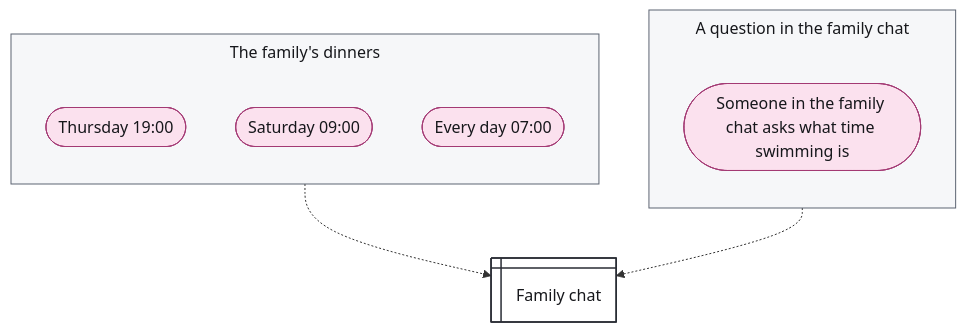
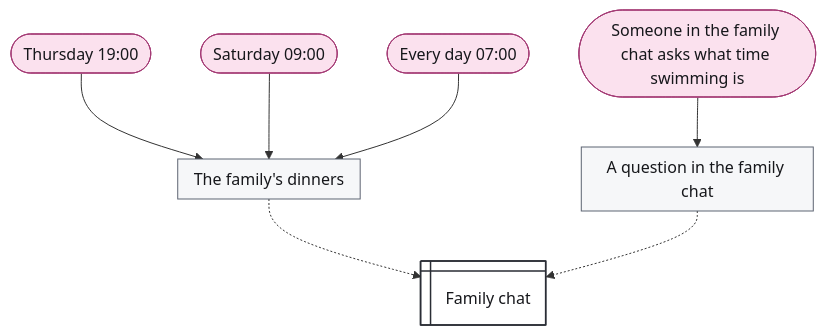
Before and after one commit to chrismdp/awml: the diagram in examples/family-map.mmd, drawn with Mermaid. The commit also changed 9 other files, not shown here.

```diff
--- a/examples/family-map.mmd
+++ b/examples/family-map.mmd
@@ -1,39 +1,43 @@
 ---
 config:
   theme: default
   fontFamily: Inter, sans-serif
   flowchart:
     useMaxWidth: false
     subGraphTitleMargin:
       top: 6
       bottom: 30
 ---
 flowchart TB
+  w1_thu(["Thursday 19#58;00"])
+  w1_sat(["Saturday 09#58;00"])
+  w1_daily(["Every day 07#58;00"])
   subgraph w1["The family#39;s dinners"]
     direction TB
-    w1_thu(["Thursday 19#58;00"])
-    w1_sat(["Saturday 09#58;00"])
-    w1_daily(["Every day 07#58;00"])
   end
+  w2_ask(["Someone in the family chat asks what time swimming is"])
   subgraph w2["A question in the family chat"]
     direction TB
-    w2_ask(["Someone in the family chat asks what time swimming is"])
   end
   s1@{ shape: win-pane, label: "Family chat" }
 
+  w1_thu --> w1
+  w1_sat --> w1
+  w1_daily --> w1
+  w2_ask --> w2
   w1 -.-> s1
   w2 -.-> s1
   classDef trig fill:#fbe1ee,stroke:#a33a74,color:#16171b
   classDef ctx fill:#e2eef9,stroke:#3d6fa3,color:#16171b
   classDef con fill:#eceef2,stroke:#5d6472,color:#16171b
   classDef surf fill:#ffffff,stroke:#2a2d35,stroke-width:1.5px,color:#16171b
   classDef out fill:#fde4dc,stroke:#b5532f,color:#16171b
   classDef ai fill:#cdd3fb,stroke:#3b4bb0,color:#16171b
   classDef code fill:#c4e3d1,stroke:#2b7a4f,color:#16171b
   classDef person fill:#f7d79a,stroke:#9a6100,color:#16171b
   classDef uml fill:#16171b,stroke:#16171b,color:#16171b
   classDef gap fill:#ffffff,stroke:#8a93a3,stroke-dasharray:4 3,color:#6b7280
   class w1_thu,w1_sat,w1_daily,w2_ask trig
   class s1 surf
   style w1 fill:#f6f7f9,stroke:#5d6472,color:#16171b
   style w2 fill:#f6f7f9,stroke:#5d6472,color:#16171b
```
